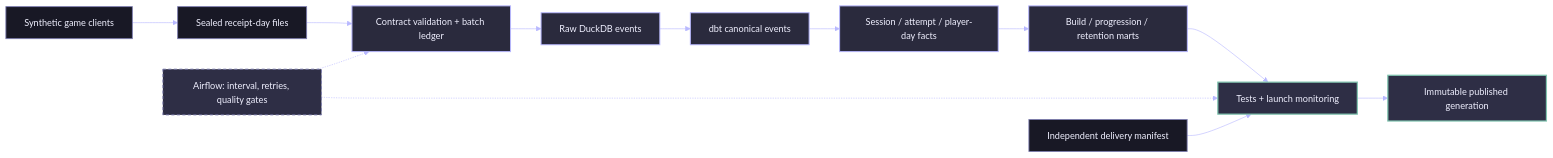
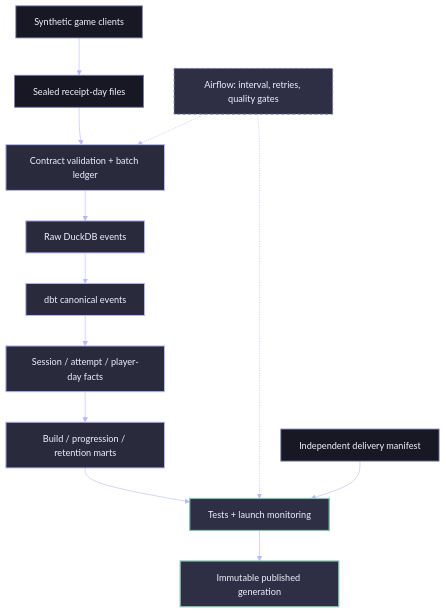
The diagram in README.md (rlbsem/game-telemetry-analytics-engineering), drawn with Mermaid before and after one commit.

Commit message:
Improve GitHub diagram readability using vertical flow layout

````diff
--- a/README.md
+++ b/README.md
@@ -9,24 +9,24 @@
 ```mermaid
 %%{init: {"theme":"base","themeVariables":{"background":"#10101D","primaryColor":"#2A2A3D","primaryTextColor":"#F0F0FF","primaryBorderColor":"#7C7CAF","lineColor":"#B8B8FF","textColor":"#F0F0FF","secondaryColor":"#181825","tertiaryColor":"#2E2E45","fontFamily":"IBM Plex Sans, Arial, sans-serif","fontSize":"15px","edgeLabelBackground":"#10101D"}}}%%
-flowchart LR
+flowchart TB
     A[Synthetic game clients] --> B[Sealed receipt-day files]
     B --> C[Contract validation + batch ledger]
     C --> D[Raw DuckDB events]
     D --> E[dbt canonical events]
     E --> F[Session / attempt / player-day facts]
     F --> G[Build / progression / retention marts]
     G --> H[Tests + launch monitoring]
     H --> I[Immutable published generation]
     J[Airflow: interval, retries, quality gates] -.-> C
     J -.-> H
     K[Independent delivery manifest] --> H
 
     classDef source fill:#181825,stroke:#7C7CAF,color:#F0F0FF,stroke-width:1.4px
     classDef model fill:#2A2A3D,stroke:#B8B8FF,color:#F0F0FF,stroke-width:1.6px
     classDef verified fill:#2E2E45,stroke:#81C5B0,color:#F0F0FF,stroke-width:2px
     classDef orchestration fill:#2E2E45,stroke:#7C7CAF,color:#F0F0FF,stroke-width:1.5px,stroke-dasharray:5 4
     class A,B,K source
     class C,D,E,F,G model
     class H,I verified
     class J orchestration
 ```
````
